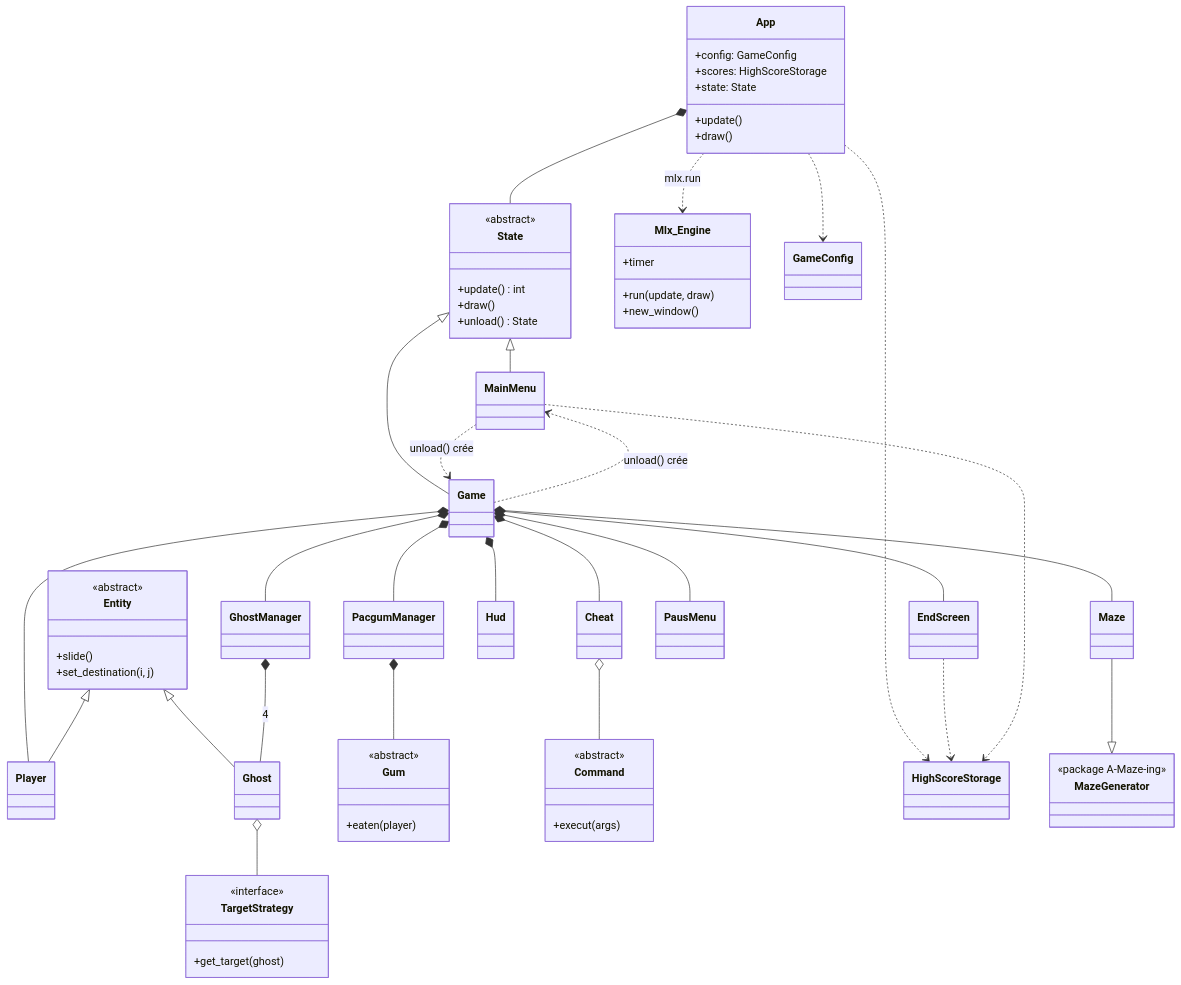
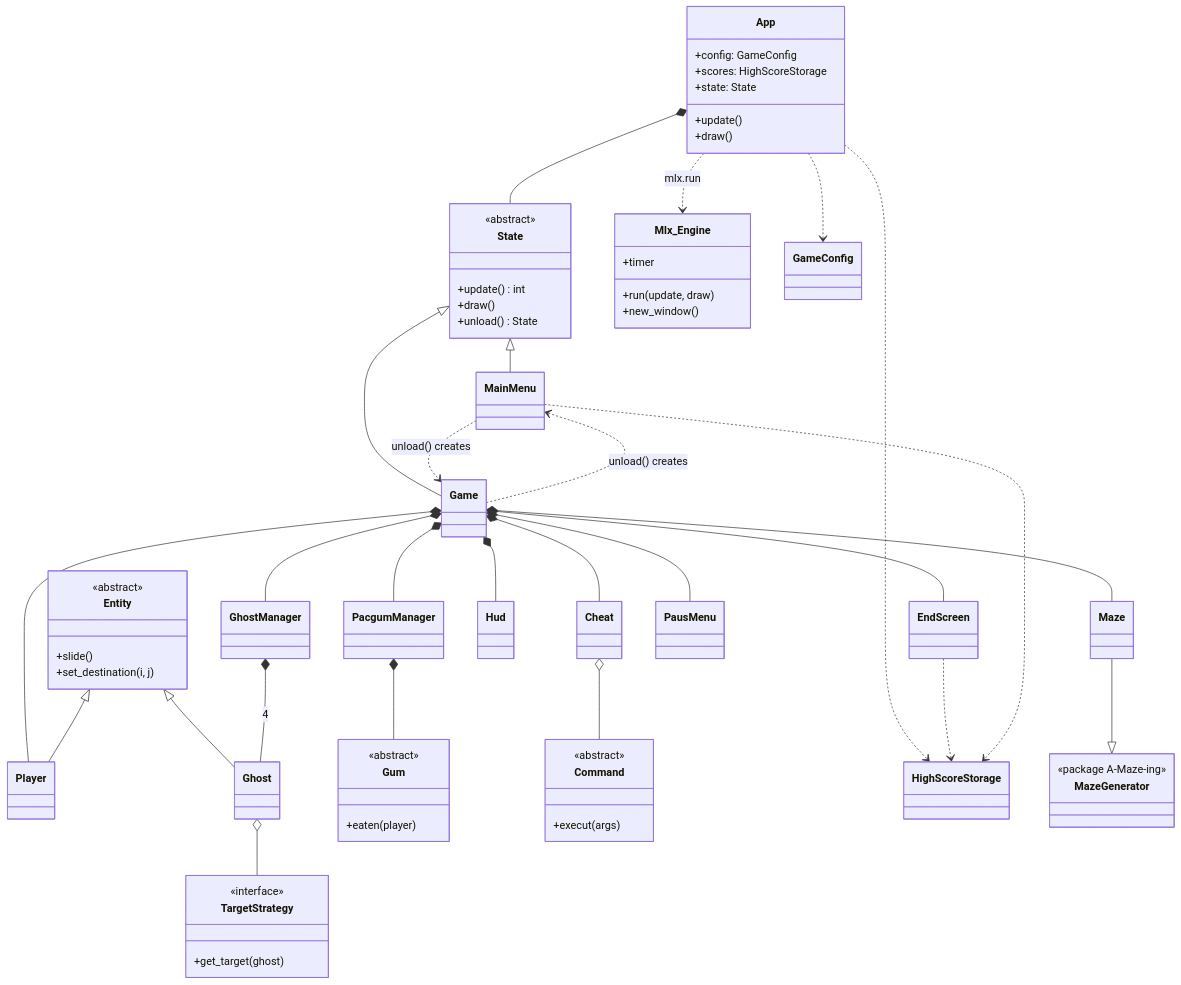
One commit to buchy16/Pac-Man changed the third of 3 diagrams in README.md. Above: the diagram before and after it, drawn with Mermaid. The commit also changed other lines of this file and 19 other files, not shown here.

````diff
--- a/README.md
+++ b/README.md
@@ -527,80 +530,80 @@
 ```mermaid
 classDiagram
     class App {
         +config: GameConfig
         +scores: HighScoreStorage
         +state: State
         +update()
         +draw()
     }
     class State {
         <<abstract>>
         +update() int
         +draw()
         +unload() State
     }
     class MainMenu
     class Game
     class Maze
     class Player
     class Entity {
         <<abstract>>
         +slide()
         +set_destination(i, j)
     }
     class Ghost
     class GhostManager
     class TargetStrategy {
         <<interface>>
         +get_target(ghost)
     }
     class PacgumManager
     class Gum {
         <<abstract>>
         +eaten(player)
     }
     class Hud
     class EndScreen
     class PausMenu
     class Cheat
     class Command {
         <<abstract>>
         +execut(args)
     }
     class Mlx_Engine {
         +run(update, draw)
         +new_window()
         +timer
     }
     class GameConfig
     class HighScoreStorage
     class MazeGenerator {
         <<package A-Maze-ing>>
     }
 
     App *-- State
     App ..> GameConfig
     App ..> HighScoreStorage
     State <|-- MainMenu
     State <|-- Game
-    MainMenu ..> Game : unload() crée
-    Game ..> MainMenu : unload() crée
+    MainMenu ..> Game : unload() creates
+    Game ..> MainMenu : unload() creates
     Game *-- Maze
     Game *-- Player
     Game *-- GhostManager
     Game *-- PacgumManager
     Game *-- Hud
     Game *-- EndScreen
     Game *-- PausMenu
     Game *-- Cheat
     Maze --|> MazeGenerator
     Entity <|-- Player
     Entity <|-- Ghost
     GhostManager *-- Ghost : 4
     Ghost o-- TargetStrategy
     PacgumManager *-- Gum
     Cheat o-- Command
     EndScreen ..> HighScoreStorage
     MainMenu ..> HighScoreStorage
     App ..> Mlx_Engine : mlx.run
 ```
````
